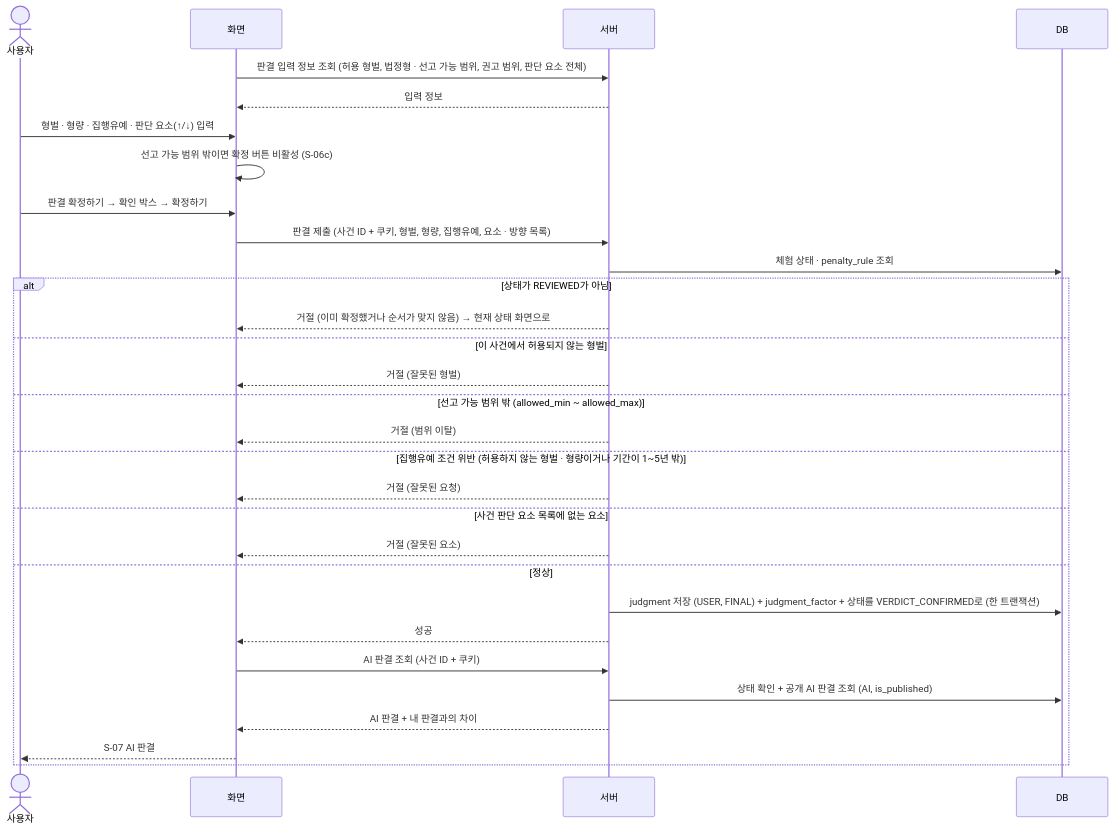
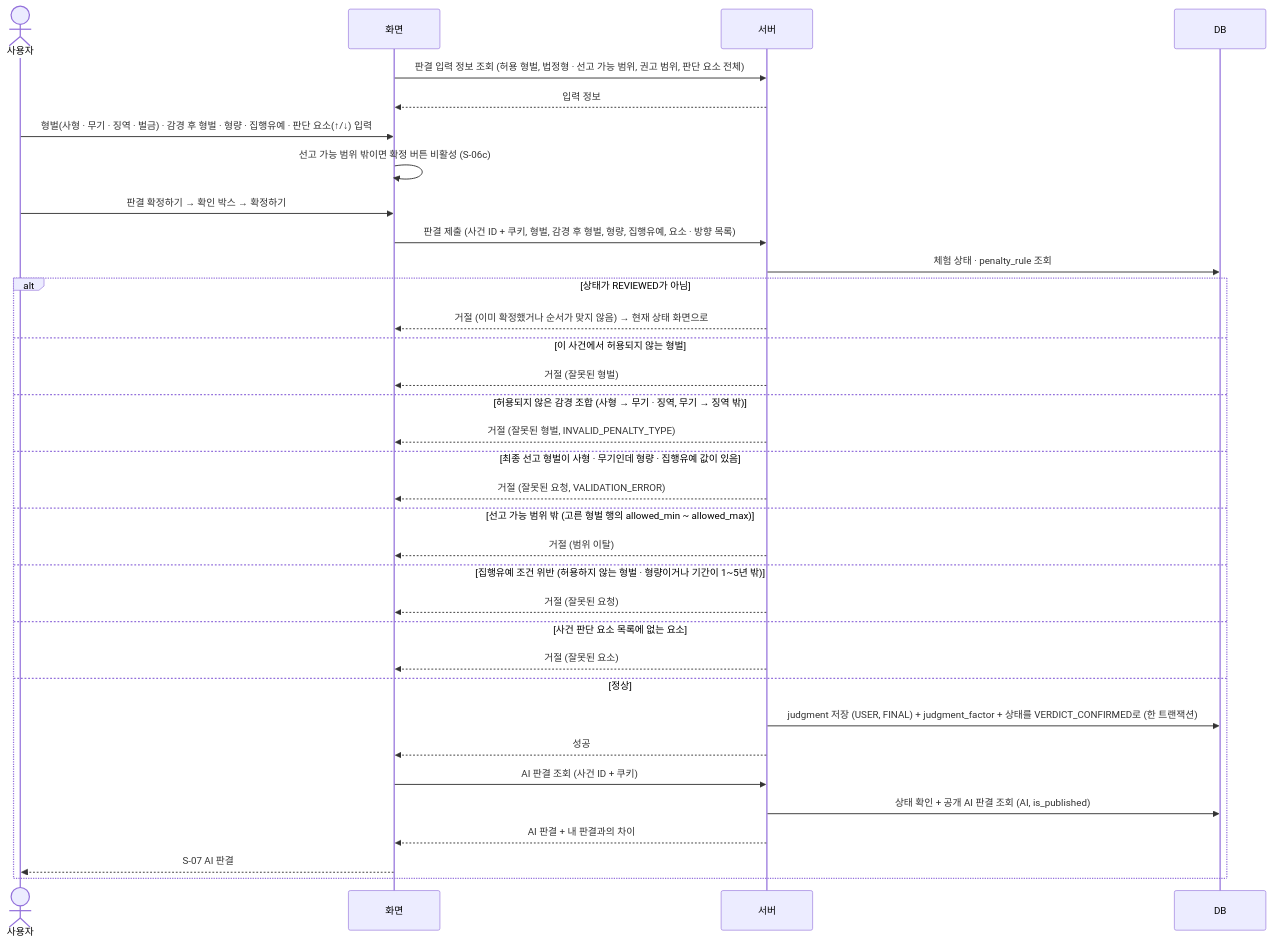
The fifth of 7 diagrams in docs/sequence-diagram.md (prgrms-aibe-devcourse/AIBE7_FinalProject_Team2), drawn with Mermaid before and after one commit. The commit also changed other lines of this file and 9 other files, not shown here.

````diff
--- a/docs/sequence-diagram.md
+++ b/docs/sequence-diagram.md
@@ -160,33 +161,37 @@
 ```mermaid
 sequenceDiagram
     actor U as 사용자
     participant F as 화면
     participant S as 서버
     participant D as DB
  
     F->>S: 판결 입력 정보 조회 (허용 형벌, 법정형 · 선고 가능 범위, 권고 범위, 판단 요소 전체)
     S-->>F: 입력 정보
-    U->>F: 형벌 · 형량 · 집행유예 · 판단 요소(↑/↓) 입력
+    U->>F: 형벌(사형 · 무기 · 징역 · 벌금) · 감경 후 형벌 · 형량 · 집행유예 · 판단 요소(↑/↓) 입력
     F->>F: 선고 가능 범위 밖이면 확정 버튼 비활성 (S-06c)
     U->>F: 판결 확정하기 → 확인 박스 → 확정하기
-    F->>S: 판결 제출 (사건 ID + 쿠키, 형벌, 형량, 집행유예, 요소 · 방향 목록)
+    F->>S: 판결 제출 (사건 ID + 쿠키, 형벌, 감경 후 형벌, 형량, 집행유예, 요소 · 방향 목록)
     S->>D: 체험 상태 · penalty_rule 조회
     alt 상태가 REVIEWED가 아님
         S-->>F: 거절 (이미 확정했거나 순서가 맞지 않음) → 현재 상태 화면으로
     else 이 사건에서 허용되지 않는 형벌
         S-->>F: 거절 (잘못된 형벌)
-    else 선고 가능 범위 밖 (allowed_min ~ allowed_max)
+    else 허용되지 않은 감경 조합 (사형 → 무기 · 징역, 무기 → 징역 밖)
+        S-->>F: 거절 (잘못된 형벌, INVALID_PENALTY_TYPE)
+    else 최종 선고 형벌이 사형 · 무기인데 형량 · 집행유예 값이 있음
+        S-->>F: 거절 (잘못된 요청, VALIDATION_ERROR)
+    else 선고 가능 범위 밖 (고른 형벌 행의 allowed_min ~ allowed_max)
         S-->>F: 거절 (범위 이탈)
     else 집행유예 조건 위반 (허용하지 않는 형벌 · 형량이거나 기간이 1~5년 밖)
         S-->>F: 거절 (잘못된 요청)
     else 사건 판단 요소 목록에 없는 요소
         S-->>F: 거절 (잘못된 요소)
     else 정상
         S->>D: judgment 저장 (USER, FINAL) + judgment_factor + 상태를 VERDICT_CONFIRMED로 (한 트랜잭션)
         S-->>F: 성공
         F->>S: AI 판결 조회 (사건 ID + 쿠키)
         S->>D: 상태 확인 + 공개 AI 판결 조회 (AI, is_published)
         S-->>F: AI 판결 + 내 판결과의 차이
         F-->>U: S-07 AI 판결
     end
 ```
````
